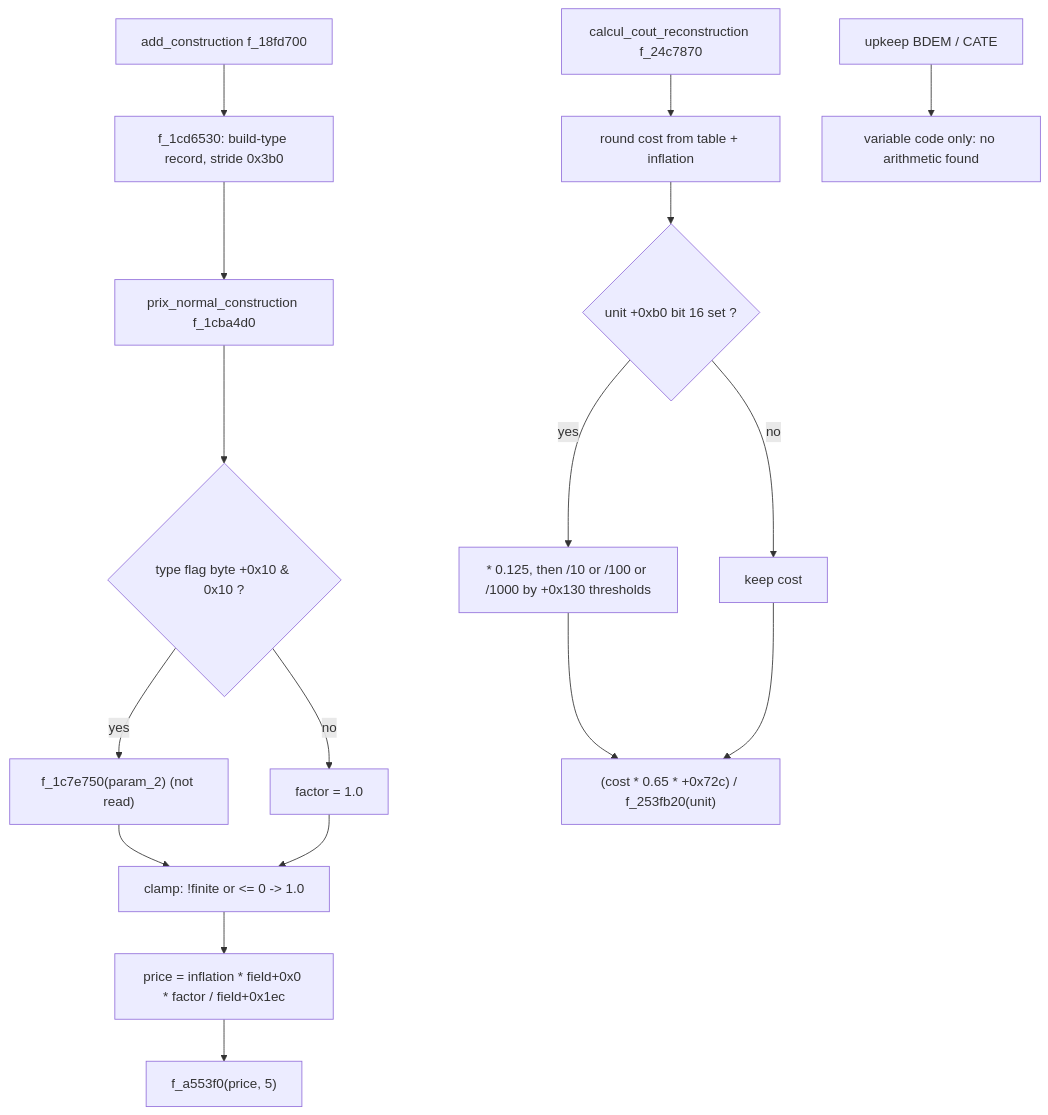
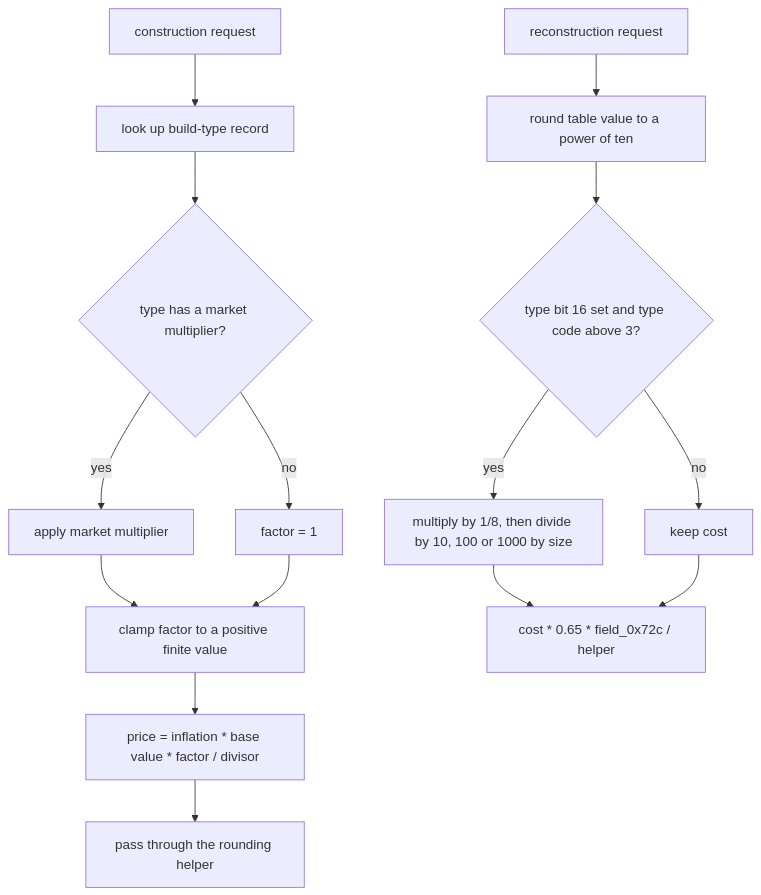
The third of 5 diagrams in 03_MILITARY.md (CthulhuOnIce/GPS-Docs), drawn with Mermaid before and after one commit. The commit also changed other lines of this file and 5 other files, not shown here.

````diff
--- a/03_MILITARY.md
+++ b/03_MILITARY.md
@@ -267,19 +184,17 @@
 ```mermaid
 flowchart TD
-    A["add_construction f_18fd700"] --> B["f_1cd6530: build-type record, stride 0x3b0"]
-    B --> C["prix_normal_construction f_1cba4d0"]
-    C --> D{"type flag byte +0x10 & 0x10 ?"}
-    D -->|yes| E["f_1c7e750(param_2) (not read)"]
-    D -->|no| F["factor = 1.0"]
-    E --> G["clamp: !finite or <= 0 -> 1.0"]
-    F --> G
-    G --> H["price = inflation * field+0x0 * factor / field+0x1ec"]
-    H --> I["f_a553f0(price, 5)"]
-    J["calcul_cout_reconstruction f_24c7870"] --> K["round cost from table + inflation"]
-    K --> L{"unit +0xb0 bit 16 set ?"}
-    L -->|yes| M["* 0.125, then /10 or /100 or /1000 by +0x130 thresholds"]
-    L -->|no| N["keep cost"]
-    M --> O["(cost * 0.65 * +0x72c) / f_253fb20(unit)"]
-    N --> O
-    P["upkeep BDEM / CATE"] --> Q["variable code only: no arithmetic found"]
+    A["construction request"] --> B["look up build-type record"]
+    B --> C{"type has a market multiplier?"}
+    C -->|yes| D["apply market multiplier"]
+    C -->|no| E["factor = 1"]
+    D --> F["clamp factor to a positive finite value"]
+    E --> F
+    F --> G["price = inflation * base value * factor / divisor"]
+    G --> H["pass through the rounding helper"]
+    I["reconstruction request"] --> J["round table value to a power of ten"]
+    J --> K{"type bit 16 set and type code above 3?"}
+    K -->|yes| L["multiply by 1/8, then divide by 10, 100 or 1000 by size"]
+    K -->|no| M["keep cost"]
+    L --> N["cost * 0.65 * field_0x72c / helper"]
+    M --> N
 ```
````
